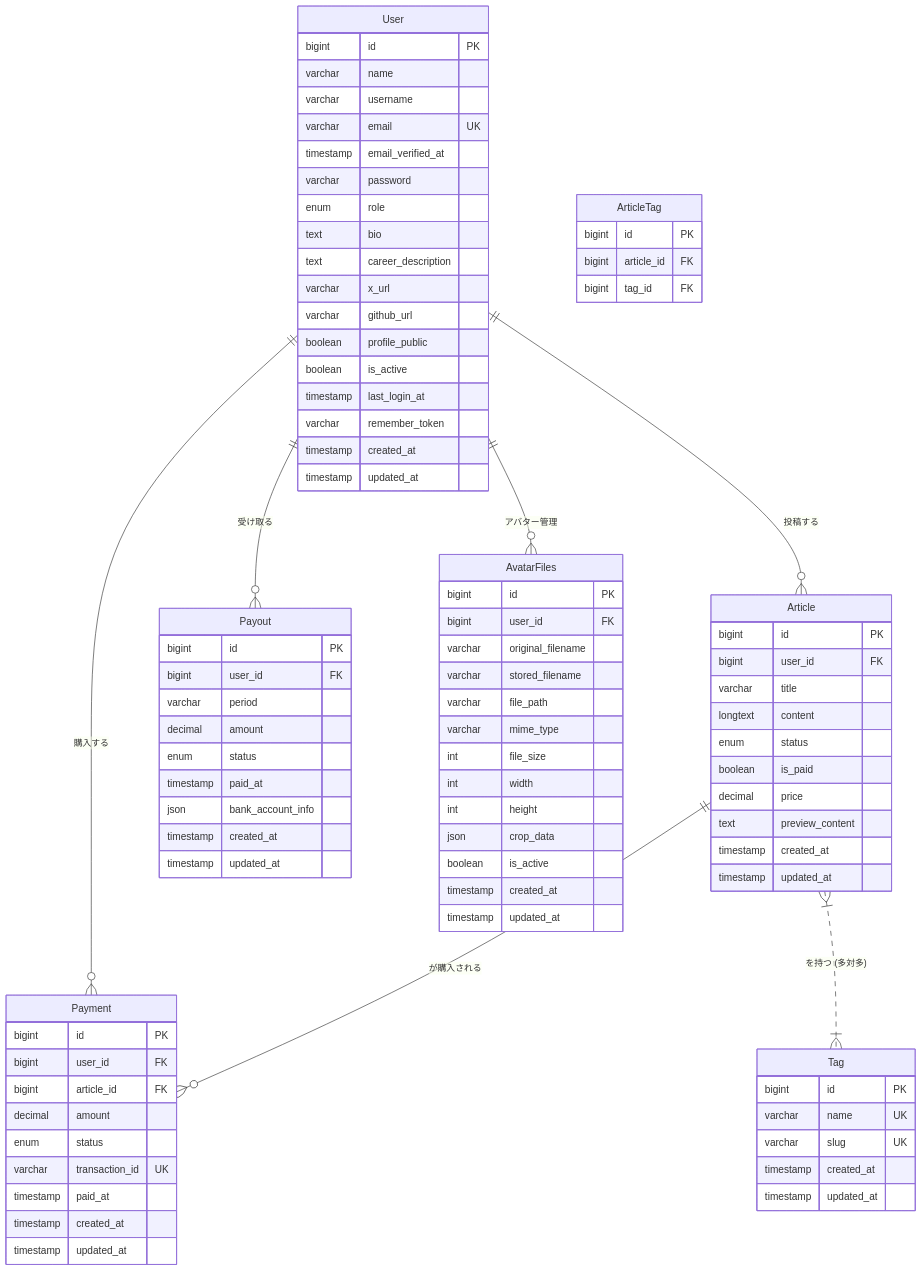
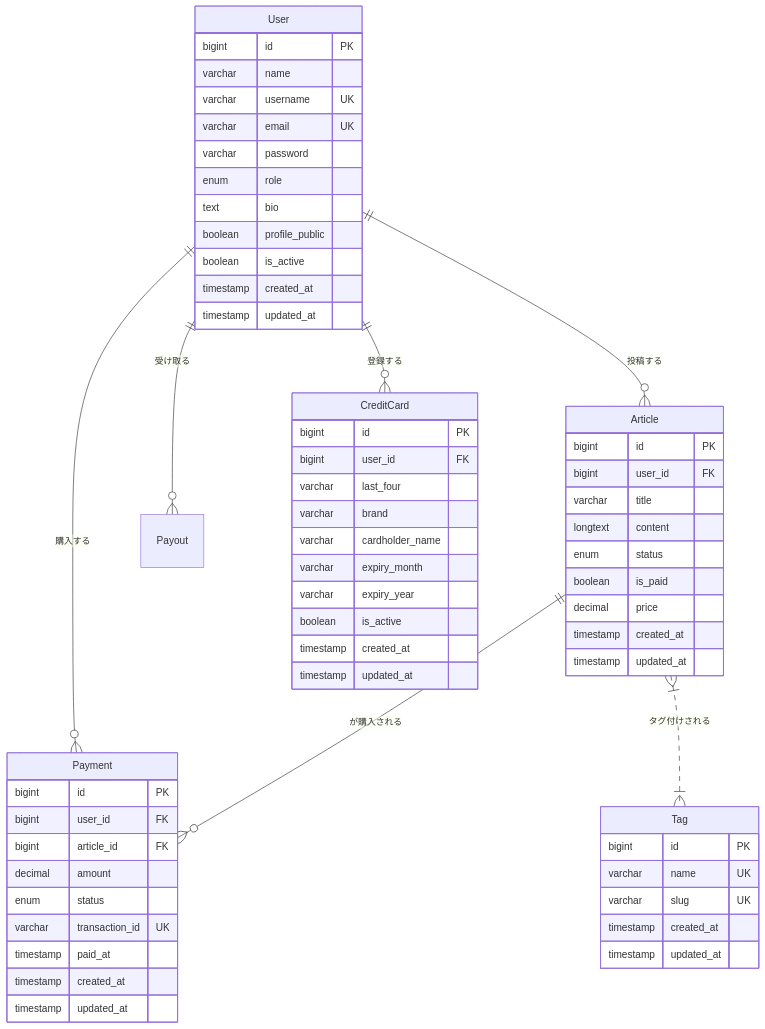
One commit to motowo/md_blog changed the third of 5 diagrams in docs/design.md. Above: the diagram before and after it, drawn with Mermaid. The commit also changed other lines of this file and 6 other files, not shown here.

```diff
--- a/docs/design.md
+++ b/docs/design.md
@@ -123,41 +204,19 @@
     User ||--o{ Article : "投稿する"
     User ||--o{ Payment : "購入する"
     User ||--o{ Payout : "受け取る"
-    User ||--o{ AvatarFiles : "アバター管理"
+    User ||--o{ CreditCard : "登録する"
     Article ||--o{ Payment : "が購入される"
-    Article }|..|{ Tag : "を持つ (多対多)"
+    Article }|..|{ Tag : "タグ付けされる"
 
     User {
         bigint id PK
         varchar name
-        varchar username
+        varchar username UK
         varchar email UK
-        timestamp email_verified_at
         varchar password
         enum role
         text bio
-        text career_description
-        varchar x_url
-        varchar github_url
         boolean profile_public
-        boolean is_active
-        timestamp last_login_at
-        varchar remember_token
-        timestamp created_at
-        timestamp updated_at
-    }
-
-    AvatarFiles {
-        bigint id PK
-        bigint user_id FK
-        varchar original_filename
-        varchar stored_filename
-        varchar file_path
-        varchar mime_type
-        int file_size
-        int width
-        int height
-        json crop_data
         boolean is_active
         timestamp created_at
         timestamp updated_at
@@ -171,7 +230,6 @@
         enum status
         boolean is_paid
         decimal price
-        text preview_content
         timestamp created_at
         timestamp updated_at
     }
@@ -182,12 +240,6 @@
         varchar slug UK
         timestamp created_at
         timestamp updated_at
-    }
-
-    ArticleTag {
-        bigint id PK
-        bigint article_id FK
-        bigint tag_id FK
     }
 
     Payment {
@@ -202,15 +254,15 @@
         timestamp updated_at
     }
 
-
-    Payout {
+    CreditCard {
         bigint id PK
         bigint user_id FK
-        varchar period
-        decimal amount
-        enum status
-        timestamp paid_at
-        json bank_account_info
+        varchar last_four
+        varchar brand
+        varchar cardholder_name
+        varchar expiry_month
+        varchar expiry_year
+        boolean is_active
         timestamp created_at
         timestamp updated_at
     }
```
